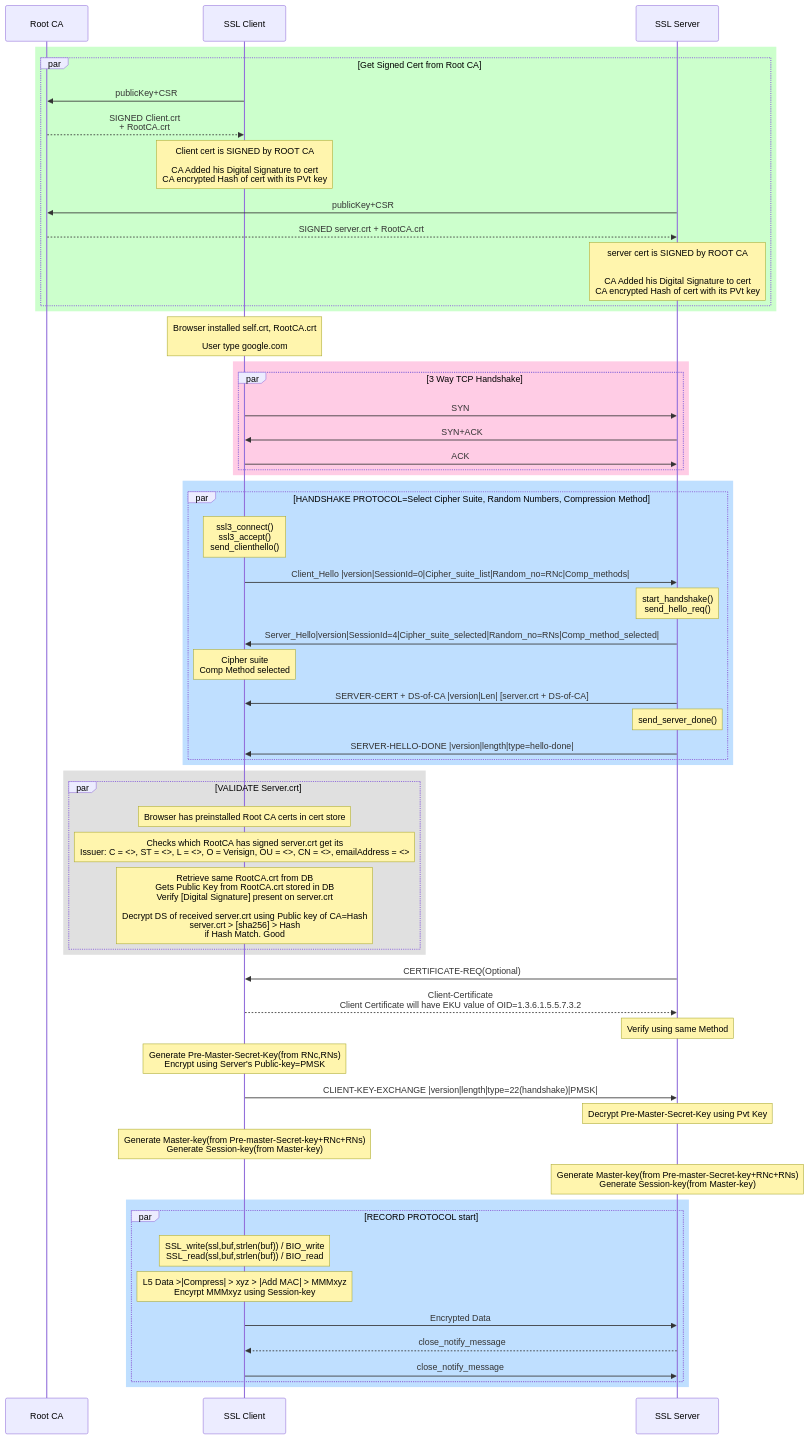
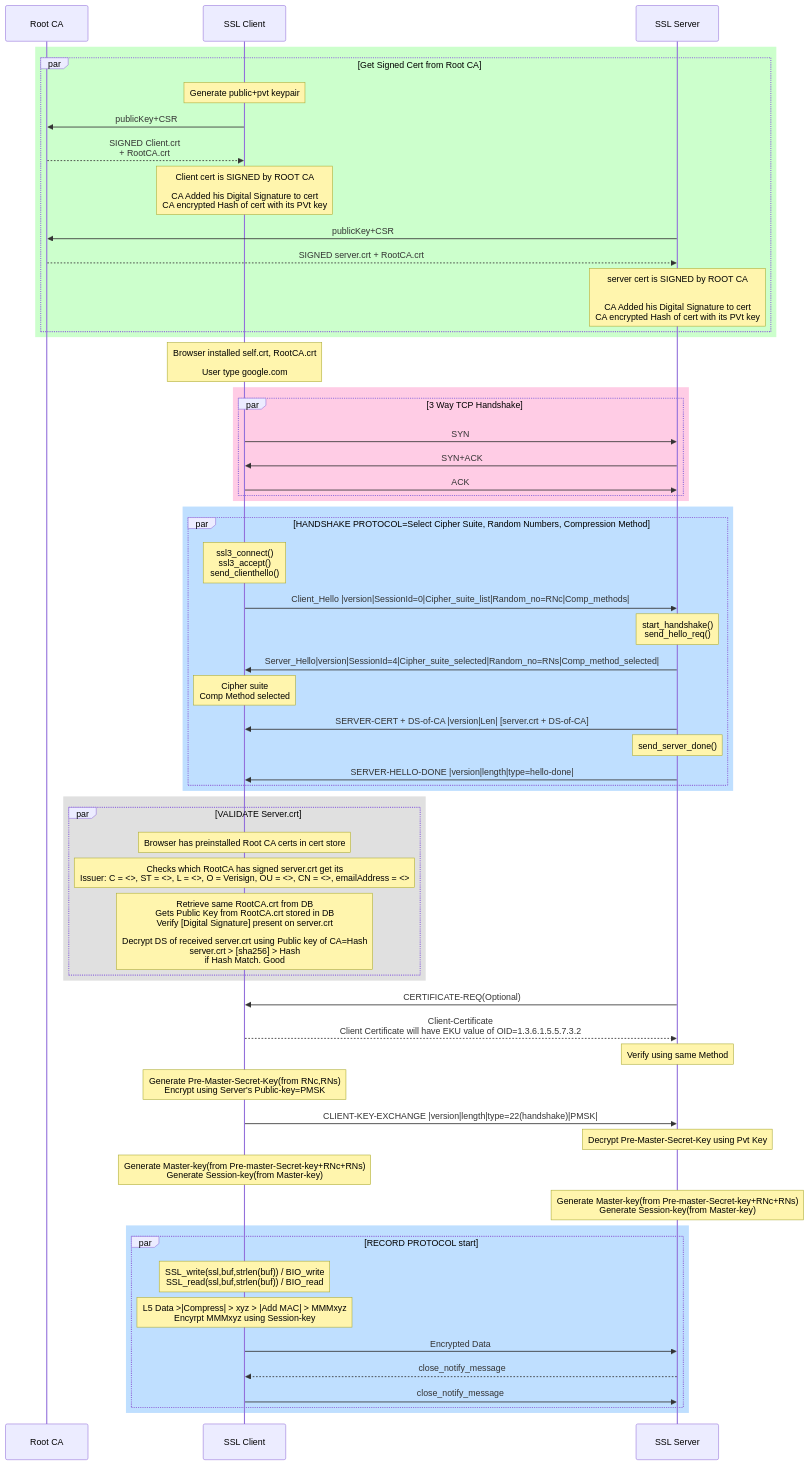
The diagram in Networking/OSI-Layers/Layer-7/Protocols/Encryption_Authentication/README.adoc (code-with-amitk/Code-examples), drawn with Mermaid before and after one commit.

````diff
--- a/Networking/OSI-Layers/Layer-7/Protocols/Encryption_Authentication/README.adoc
+++ b/Networking/OSI-Layers/Layer-7/Protocols/Encryption_Authentication/README.adoc
@@ -34,68 +34,69 @@
 ```mermaid
 sequenceDiagram
   participant r as Root CA
   participant c as SSL Client
   participant s as SSL Server
  
  rect rgb(204,255, 204)
  par Get Signed Cert from Root CA
+ note over c: Generate public+pvt keypair
  c ->> r: publicKey+CSR
  r -->>c: SIGNED Client.crt<br>+ RootCA.crt
  Note over c:Client cert is SIGNED by ROOT CA<br><br>CA Added his Digital Signature to cert<br>CA encrypted Hash of cert with its PVt key
  s ->> r: publicKey+CSR
  r -->>s: SIGNED server.crt + RootCA.crt
  Note over s:server cert is SIGNED by ROOT CA<br><br><br>CA Added his Digital Signature to cert<br>CA encrypted Hash of cert with its PVt key
  end
  end
 
  Note over c: Browser installed self.crt, RootCA.crt<br><br>User type google.com
 
  rect rgb(255, 204, 229)
  par 3 Way TCP Handshake
  c ->> s: SYN
  s ->>c: SYN+ACK
  c ->>s: ACK
  end
  end
 
  rect rgb(191, 223, 255)
  par HANDSHAKE PROTOCOL=Select Cipher Suite, Random Numbers, Compression Method
  Note over c: ssl3_connect()<br>ssl3_accept()<br>send_clienthello()
  c ->> s:Client_Hello |version|SessionId=0|Cipher_suite_list|Random_no=RNc|Comp_methods|
  Note over s: start_handshake() <br> send_hello_req()
  s ->> c: Server_Hello|version|SessionId=4|Cipher_suite_selected|Random_no=RNs|Comp_method_selected|
  Note over c: Cipher suite <br> Comp Method selected
  s ->> c: SERVER-CERT + DS-of-CA |version|Len| [server.crt + DS-of-CA]
  Note over s: send_server_done()
  s ->> c: SERVER-HELLO-DONE |version|length|type=hello-done|
  end
  end
 
  rect rgb(224, 224, 224)
  par VALIDATE Server.crt
  Note over c: Browser has preinstalled Root CA certs in cert store
  Note over c: Checks which RootCA has signed server.crt get its <br> Issuer: C = <>, ST = <>, L = <>, O = Verisign, OU = <>, CN = <>, emailAddress = <>
  Note over c: Retrieve same RootCA.crt from DB<br>Gets Public Key from RootCA.crt stored in DB<br>Verify [Digital Signature] present on server.crt<br><br>Decrypt DS of received server.crt using Public key of CA=Hash<br>server.crt > [sha256] > Hash<br>if Hash Match. Good
  end
  end
  
  s->> c:CERTIFICATE-REQ(Optional)
  c-->>s:Client-Certificate<br>Client Certificate will have EKU value of OID=1.3.6.1.5.5.7.3.2
  Note over s:Verify using same Method
 
  Note over c:Generate Pre-Master-Secret-Key(from RNc,RNs)<br>Encrypt using Server's Public-key=PMSK
  c->>s:CLIENT-KEY-EXCHANGE |version|length|type=22(handshake)|PMSK|
  Note over s:Decrypt Pre-Master-Secret-Key using Pvt Key
  Note over c:Generate Master-key(from Pre-master-Secret-key+RNc+RNs)<br> Generate Session-key(from Master-key)
  Note over s:Generate Master-key(from Pre-master-Secret-key+RNc+RNs)<br> Generate Session-key(from Master-key)
 
 rect rgb(191, 223, 255)
 par RECORD PROTOCOL start
 Note over c:SSL_write(ssl,buf,strlen(buf)) / BIO_write<br>SSL_read(ssl,buf,strlen(buf)) / BIO_read
 Note over c: L5 Data >|Compress| > xyz > |Add MAC| > MMMxyz<br> Encyrpt MMMxyz using Session-key
 c->>s: Encrypted Data
 s-->>c:close_notify_message
 c->>s:close_notify_message
 end
 end
 ```
````
